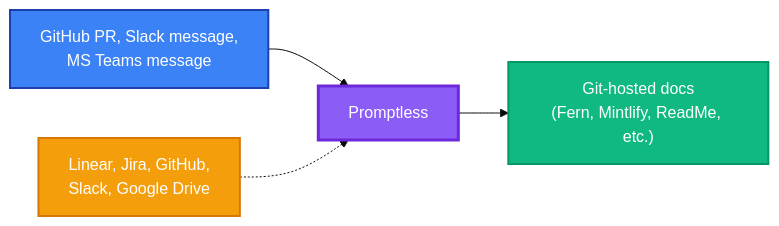
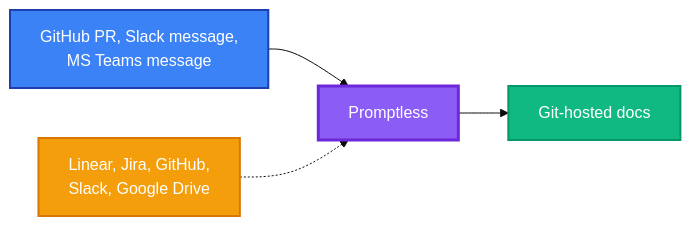
One commit to Promptless/docs changed the diagram in fern/docs/index.mdx. Above: the diagram before and after it, drawn with Mermaid (base theme).

Commit message:
Sync documentation updates

````diff
--- a/fern/docs/index.mdx
+++ b/fern/docs/index.mdx
@@ -30,16 +30,16 @@
 ```mermaid
 graph LR
     TRIGGERS["GitHub PR, Slack message,<br/>MS Teams message"]
     CONTEXT["Linear, Jira, GitHub,<br/>Slack, Google Drive"]
-    DOCS["Git-hosted docs<br/>(Fern, Mintlify, ReadMe, etc.)"]
+    DOCS["Git-hosted docs"]
     
     TRIGGERS --> PROMPTLESS
     PROMPTLESS["Promptless"]
     CONTEXT -.-> PROMPTLESS
     PROMPTLESS --> DOCS
     
     style TRIGGERS fill:#3b82f6,stroke:#1e40af,stroke-width:2px,color:#fff
     style CONTEXT fill:#f59e0b,stroke:#d97706,stroke-width:2px,color:#fff
     style DOCS fill:#10b981,stroke:#059669,stroke-width:2px,color:#fff
     style PROMPTLESS fill:#8b5cf6,stroke:#6d28d9,stroke-width:3px,color:#fff
 ```
````
